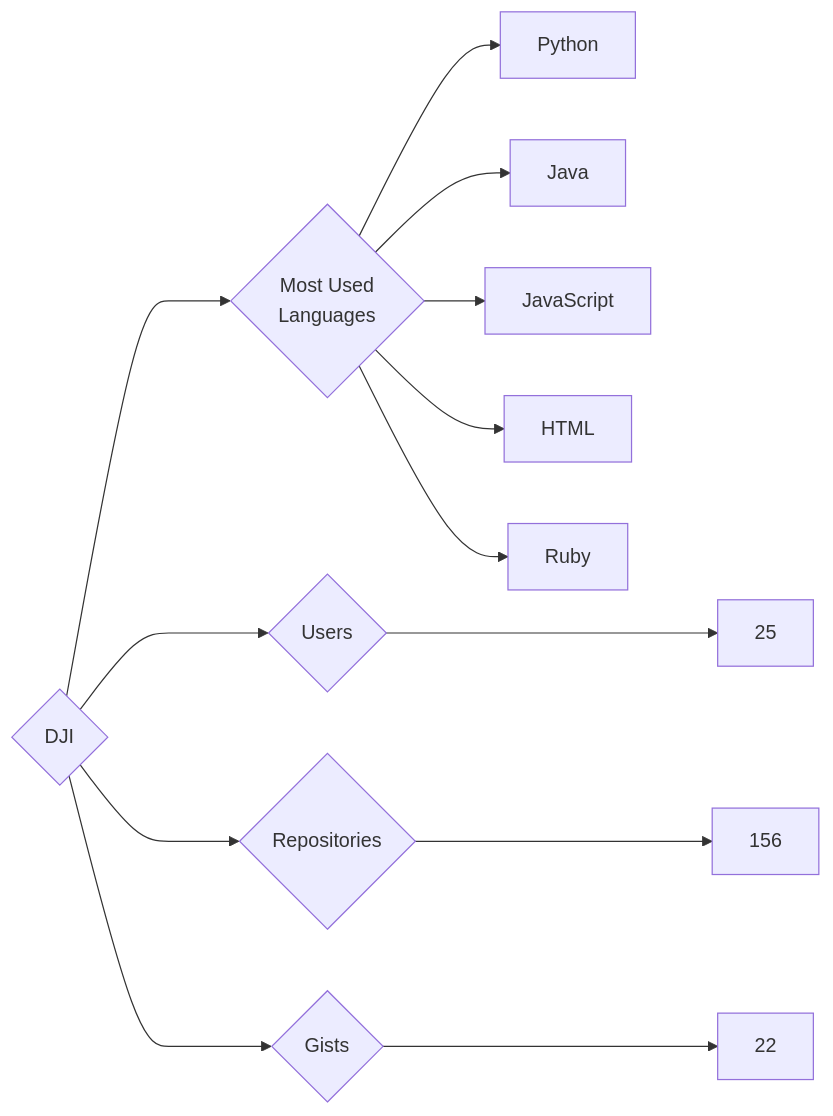
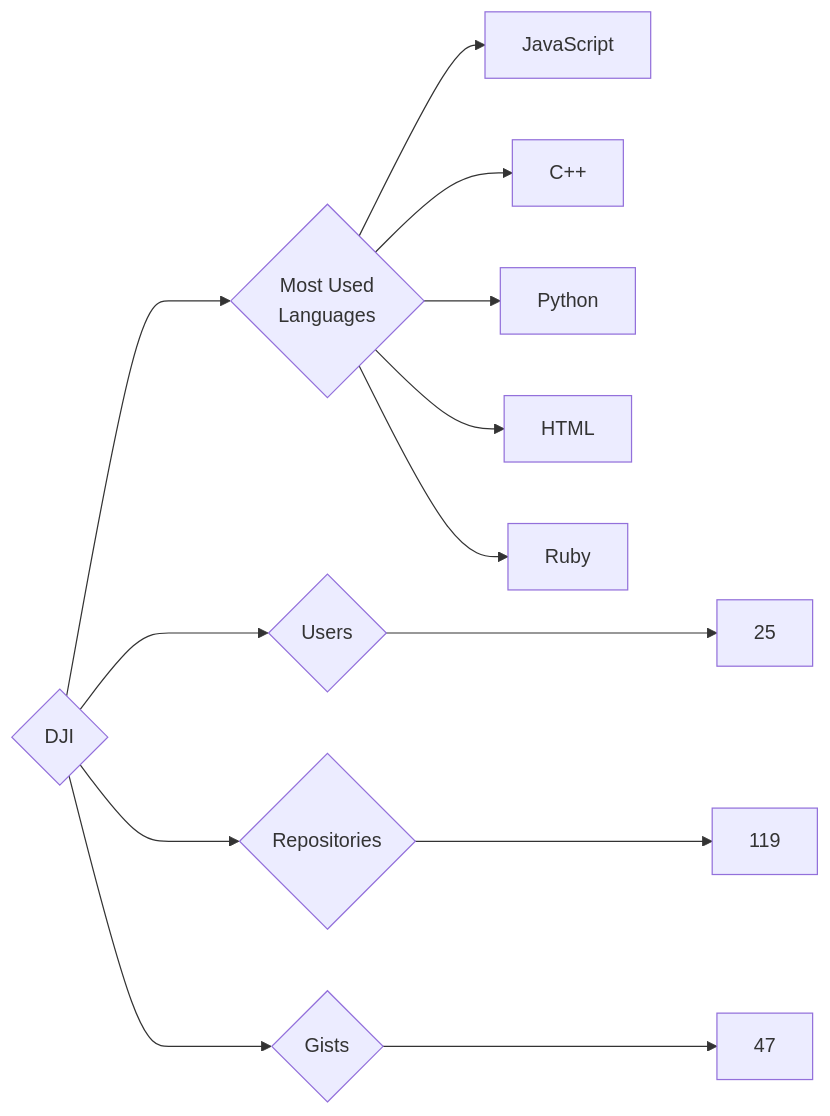
The diagram in targets/DJI/README.md (trickest/insiders), drawn with Mermaid before and after one commit. The commit also changed 882 other files, not shown here.

````diff
--- a/targets/DJI/README.md
+++ b/targets/DJI/README.md
@@ -3,13 +3,13 @@
 ```mermaid
 graph LR
 COMPANY_NAME{DJI}
 COMPANY_NAME ---> U{Users} ---> UN[25]
-COMPANY_NAME ---> R{Repositories} ---> RN[156]
-COMPANY_NAME ---> G{Gists} ---> GN[22]
+COMPANY_NAME ---> R{Repositories} ---> RN[119]
+COMPANY_NAME ---> G{Gists} ---> GN[47]
 COMPANY_NAME ---> ML{Most Used<br>Languages}
+ML --> JavaScript[JavaScript]
+ML --> C++[C++]
 ML --> Python[Python]
-ML --> Java[Java]
-ML --> JavaScript[JavaScript]
 ML --> HTML[HTML]
 ML --> Ruby[Ruby]
 ```
````
